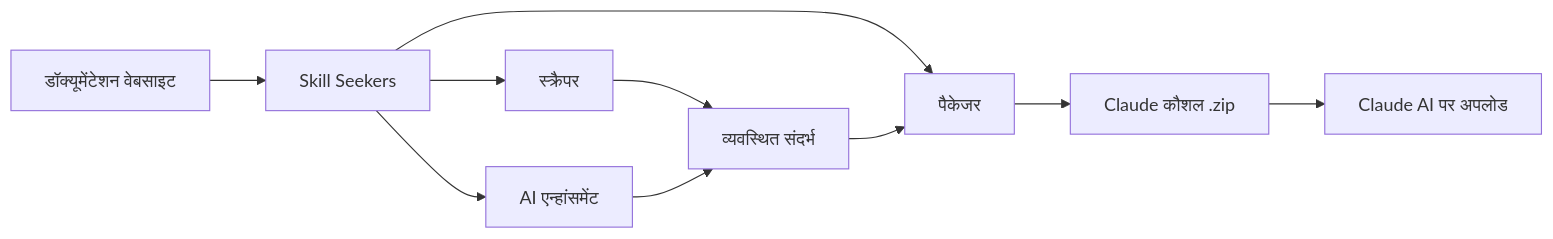
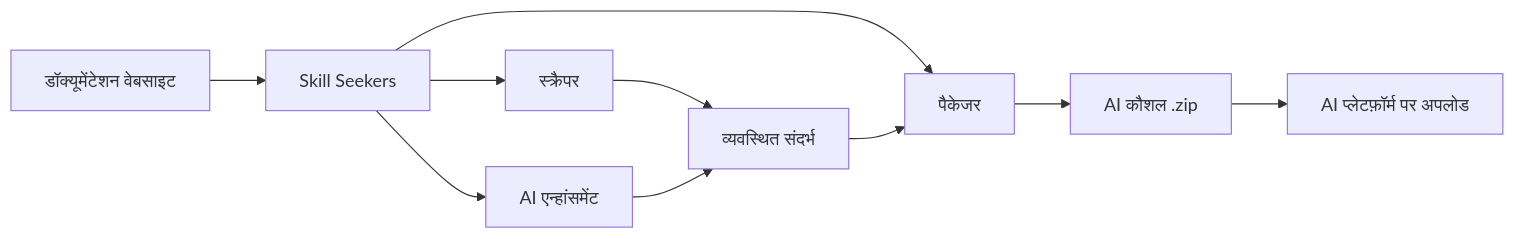
One commit to yusufkaraaslan/Skill_Seekers changed the diagram in README.hi.md. Above: the diagram before and after it, drawn with Mermaid. The commit also changed other lines of this file and 38 other files, not shown here.

````diff
--- a/README.hi.md
+++ b/README.hi.md
@@ -887,12 +971,12 @@
 ```mermaid
 graph LR
     A[डॉक्यूमेंटेशन वेबसाइट] --> B[Skill Seekers]
     B --> C[स्क्रैपर]
     B --> D[AI एन्हांसमेंट]
     B --> E[पैकेजर]
     C --> F[व्यवस्थित संदर्भ]
     D --> F
     F --> E
-    E --> G[Claude कौशल .zip]
-    G --> H[Claude AI पर अपलोड]
+    E --> G[AI कौशल .zip]
+    G --> H[AI प्लेटफ़ॉर्म पर अपलोड]
 ```
````
